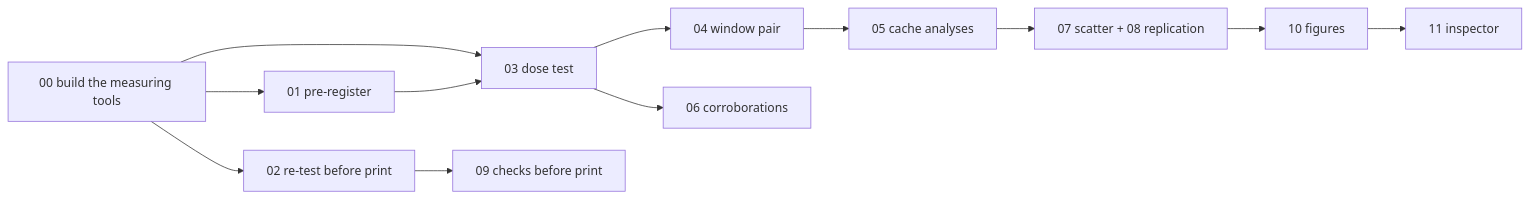
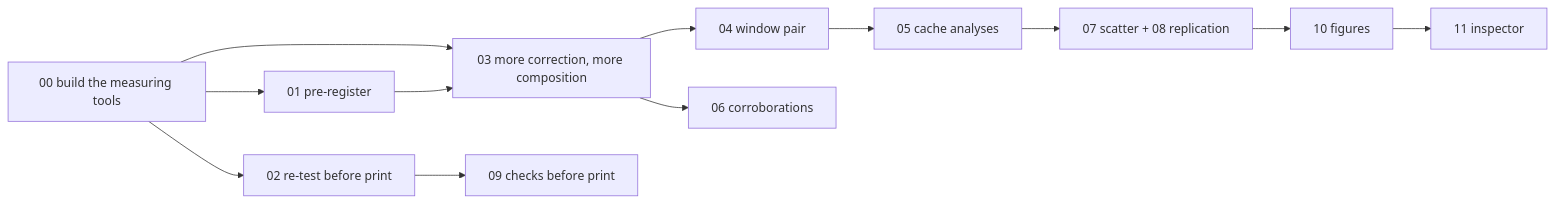
Before and after one commit to mo-rsa24/poe_repair_min: the diagram in plans/03-does-the-correction-cause-composition/plans/instrument-02-fix-the-size-measure-before-any-result.md, drawn with Mermaid. The commit also changed 50 other files, not shown here.

````diff
--- a/plans/03-does-the-correction-cause-composition/plans/instrument-02-fix-the-size-measure-before-any-result.md
+++ b/plans/03-does-the-correction-cause-composition/plans/instrument-02-fix-the-size-measure-before-any-result.md
@@ -34,13 +34,13 @@
 ```mermaid
 flowchart LR
     Z[00 build the measuring tools] --> A[01 pre-register]
     Z --> B
     Z --> C
-    A --> C[03 dose test]
+    A --> C[03 more correction, more composition]
     B[02 re-test before print] --> I[09 checks before print]
     C --> D[04 window pair]
     C --> F[06 corroborations]
     D --> E[05 cache analyses]
     E --> G[07 scatter + 08 replication]
     G --> J[10 figures] --> K[11 inspector]
 ```
````
